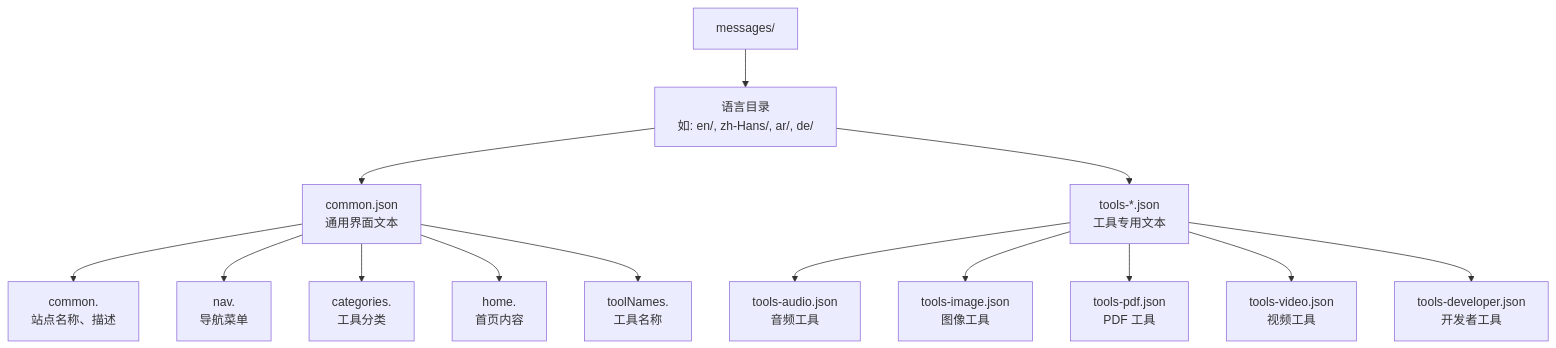
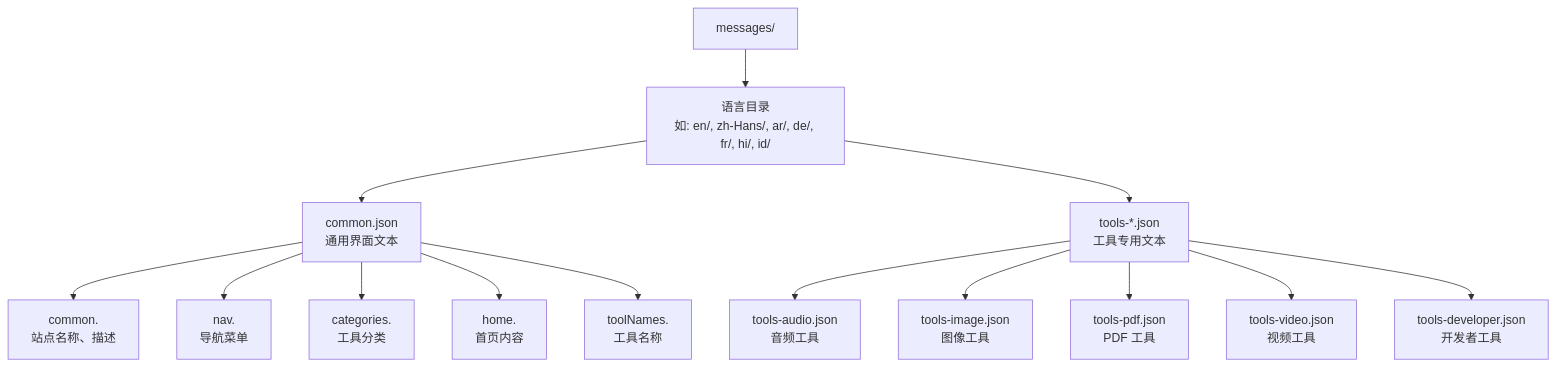
The fifth of 12 diagrams in .qoder/repowiki/zh/content/国际化实现/国际化实现.md (sgyy/privadeck), drawn with Mermaid before and after one commit. The commit also changed other lines of this file and 5 other files, not shown here.

````diff
--- a/.qoder/repowiki/zh/content/国际化实现/国际化实现.md
+++ b/.qoder/repowiki/zh/content/国际化实现/国际化实现.md
@@ -254,16 +267,16 @@
 ```mermaid
 graph TD
-A[messages/] --> B[语言目录<br/>如: en/, zh-Hans/, ar/, de/]
+A[messages/] --> B[语言目录<br/>如: en/, zh-Hans/, ar/, de/, fr/, hi/, id/]
 B --> C[common.json<br/>通用界面文本]
 B --> D[tools-*.json<br/>工具专用文本]
 C --> C1[common.<br/>站点名称、描述]
 C --> C2[nav.<br/>导航菜单]
 C --> C3[categories.<br/>工具分类]
 C --> C4[home.<br/>首页内容]
 C --> C5[toolNames.<br/>工具名称]
 D --> D1[tools-audio.json<br/>音频工具]
 D --> D2[tools-image.json<br/>图像工具]
 D --> D3[tools-pdf.json<br/>PDF 工具]
 D --> D4[tools-video.json<br/>视频工具]
 D --> D5[tools-developer.json<br/>开发者工具]
 ```
````
